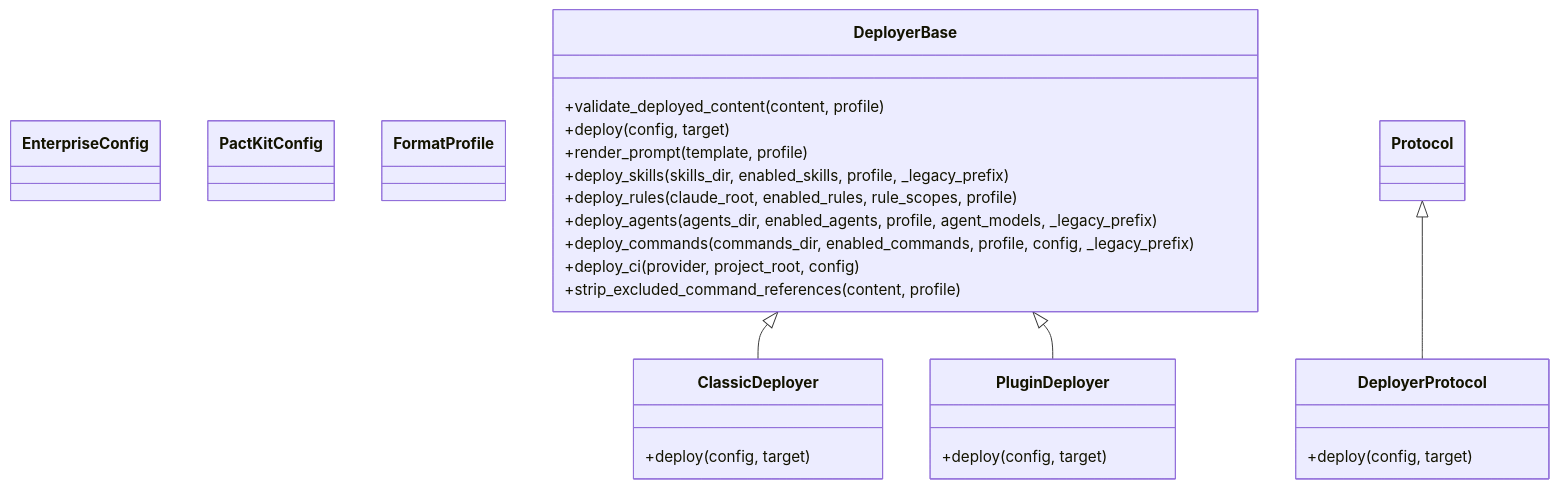
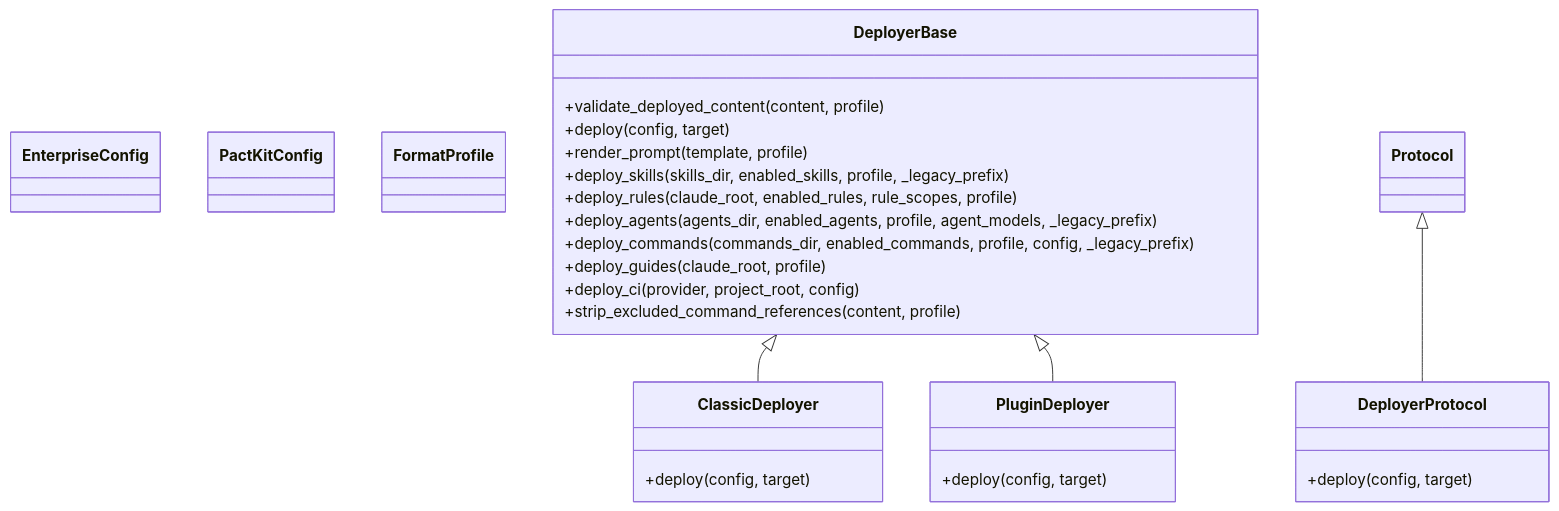
Before and after one commit to pactkit/pactkit-src: the diagram in docs/architecture/graphs/class_graph.mmd, drawn with Mermaid. The commit also changed 20 other files, not shown here.

```diff
--- a/docs/architecture/graphs/class_graph.mmd
+++ b/docs/architecture/graphs/class_graph.mmd
@@ -1,30 +1,31 @@
 classDiagram
     class EnterpriseConfig {
     }
     class PactKitConfig {
     }
     class FormatProfile {
     }
     class ClassicDeployer {
         +deploy(config, target)
     }
     DeployerBase <|-- ClassicDeployer
     class PluginDeployer {
         +deploy(config, target)
     }
     DeployerBase <|-- PluginDeployer
     class DeployerProtocol {
         +deploy(config, target)
     }
     Protocol <|-- DeployerProtocol
     class DeployerBase {
         +validate_deployed_content(content, profile)
         +deploy(config, target)
         +render_prompt(template, profile)
         +deploy_skills(skills_dir, enabled_skills, profile, _legacy_prefix)
         +deploy_rules(claude_root, enabled_rules, rule_scopes, profile)
         +deploy_agents(agents_dir, enabled_agents, profile, agent_models, _legacy_prefix)
         +deploy_commands(commands_dir, enabled_commands, profile, config, _legacy_prefix)
+        +deploy_guides(claude_root, profile)
         +deploy_ci(provider, project_root, config)
         +strip_excluded_command_references(content, profile)
     }
```
